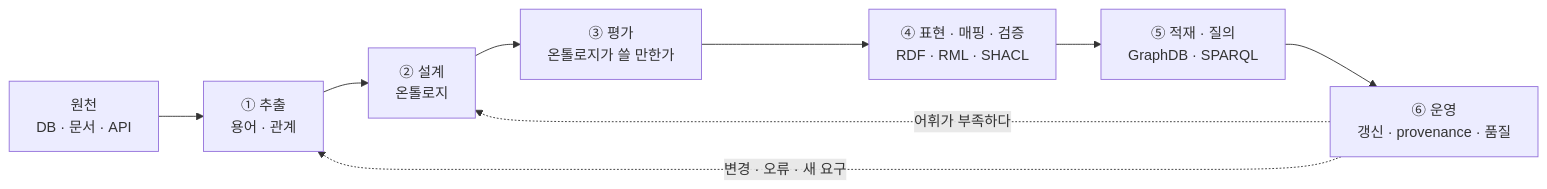
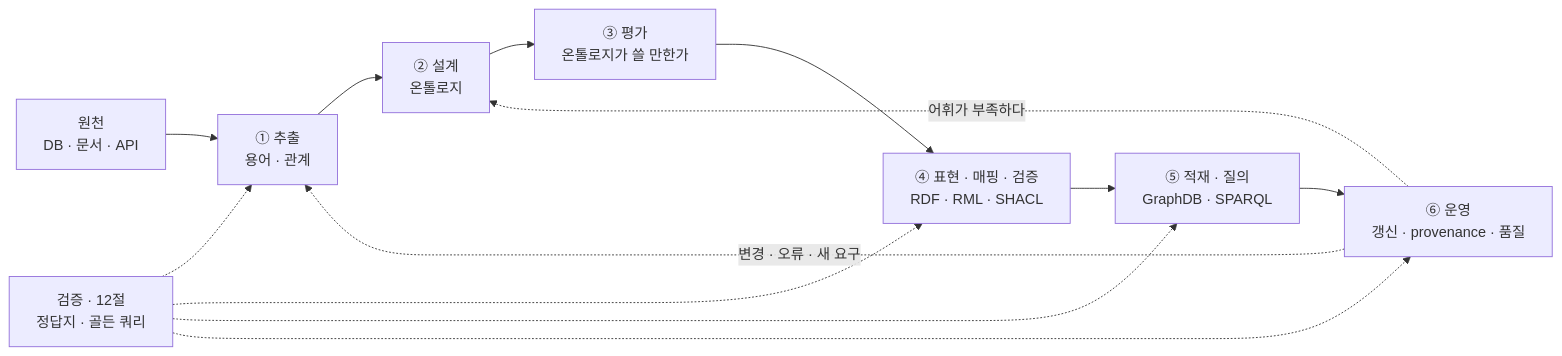
The first of 4 diagrams in Study/강의/온톨로지-지식그래프/00-전체-파이프라인.md (Junseop-Shin/Work), drawn with Mermaid before and after one commit. The commit also changed other lines of this file, not shown here.

````diff
--- a/Study/강의/온톨로지-지식그래프/00-전체-파이프라인.md
+++ b/Study/강의/온톨로지-지식그래프/00-전체-파이프라인.md
@@ -88,11 +88,16 @@
 ```mermaid
 graph LR
   S["원천<br/>DB · 문서 · API"] --> E["① 추출<br/>용어 · 관계"]
   E --> D["② 설계<br/>온톨로지"]
   D --> V["③ 평가<br/>온톨로지가 쓸 만한가"]
   V --> M["④ 표현 · 매핑 · 검증<br/>RDF · RML · SHACL"]
   M --> L["⑤ 적재 · 질의<br/>GraphDB · SPARQL"]
   L --> O["⑥ 운영<br/>갱신 · provenance · 품질"]
   O -.->|변경 · 오류 · 새 요구| E
   O -.->|어휘가 부족하다| D
+  CHK["검증 · 12절<br/>정답지 · 골든 쿼리"]
+  CHK -.-> E
+  CHK -.-> M
+  CHK -.-> L
+  CHK -.-> O
 ```
````
